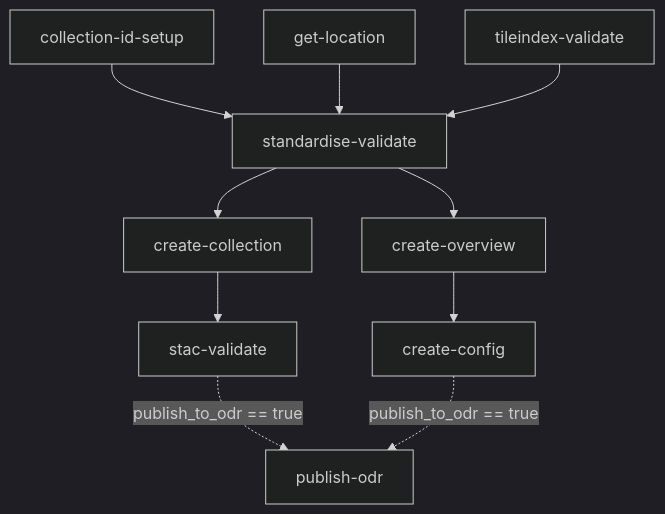
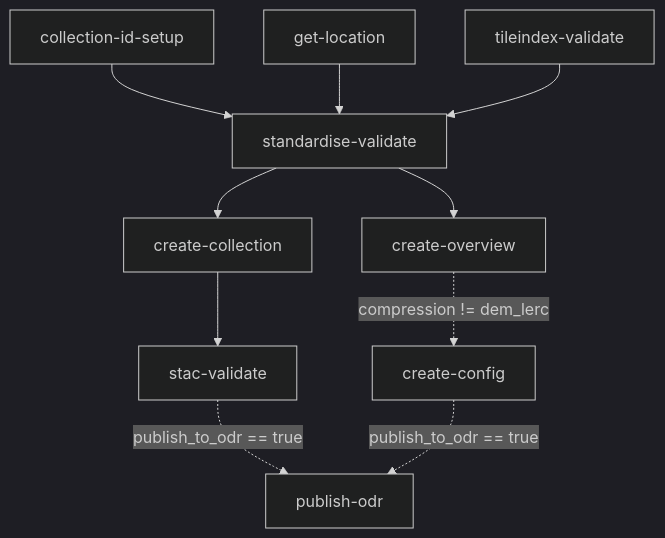
Before and after one commit to linz/topo-workflows: the first of 3 diagrams in workflows/raster/README.md, drawn with Mermaid (dark theme). The commit also changed 1 other file, not shown here.

Commit message:
fix: exclude overviews

````diff
--- a/workflows/raster/README.md
+++ b/workflows/raster/README.md
@@ -118,10 +118,10 @@
 ```mermaid
 graph TD;
     collection-id-setup-->standardise-validate;
     get-location-->standardise-validate;
     tileindex-validate-->standardise-validate;
     standardise-validate-->create-collection;
     standardise-validate-->create-overview;
     create-collection-->stac-validate-.->|publish_to_odr == true|publish-odr;
-    create-overview-->create-config-.->|publish_to_odr == true|publish-odr;
+    create-overview-.->|compression != dem_lerc|create-config-.->|publish_to_odr == true|publish-odr;
 ```
````
